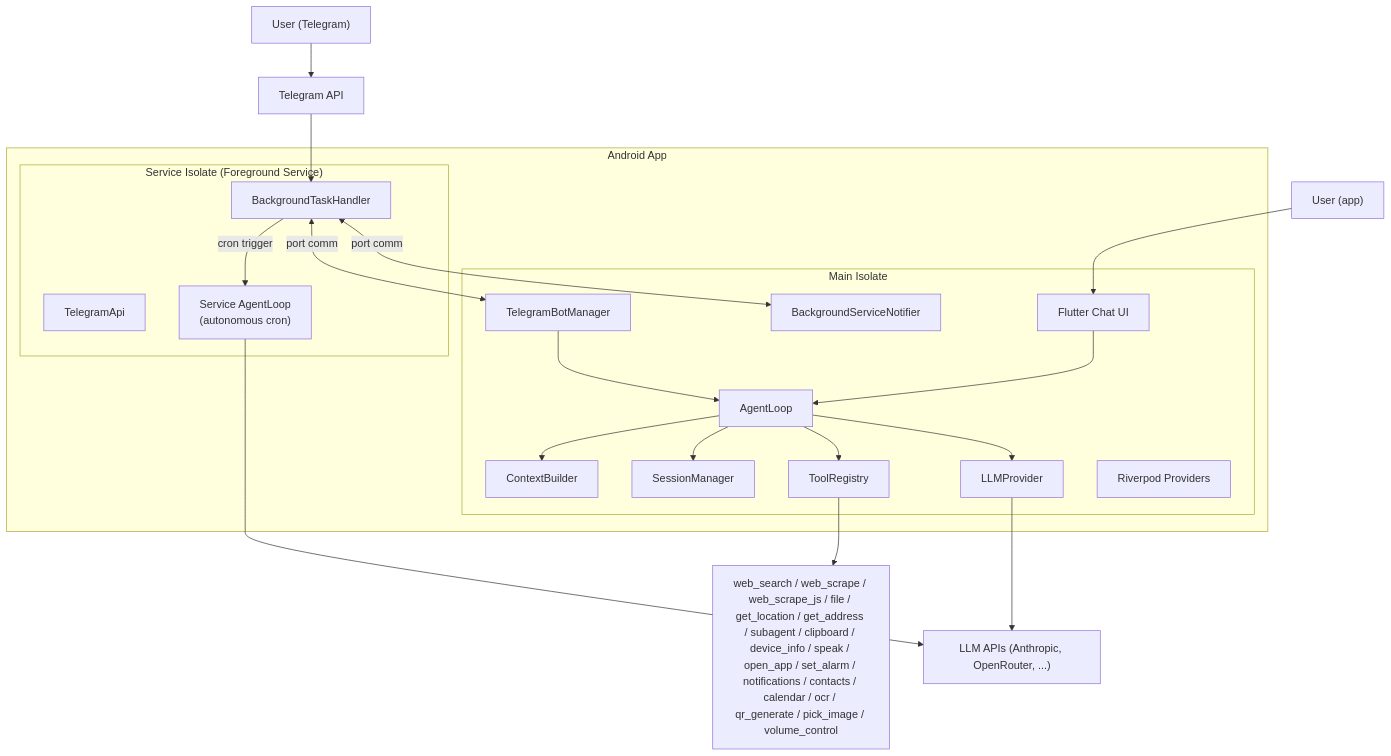
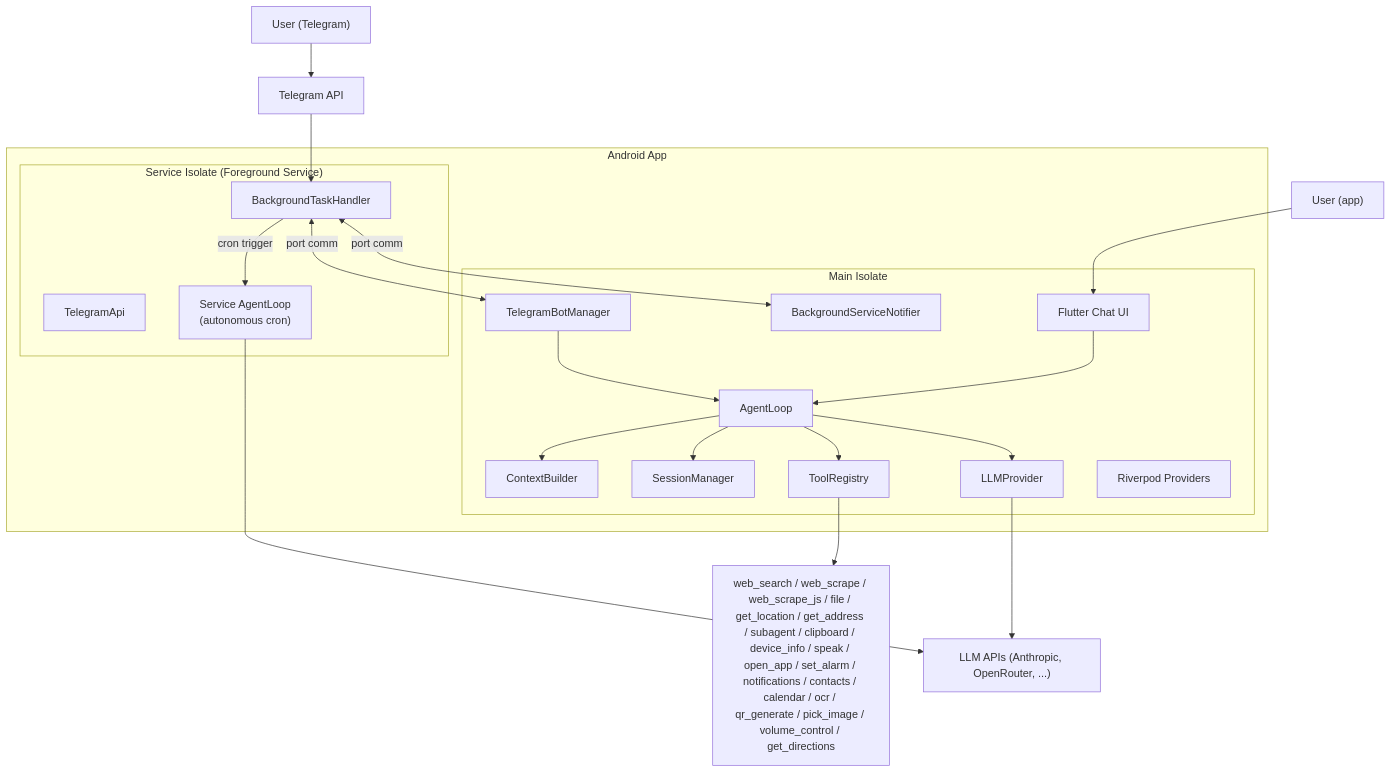
Before and after one commit to dgirard/droidclaw: the first of 3 diagrams in README.md, drawn with Mermaid. The commit also changed other lines of this file and 12 other files, not shown here.

First line of the commit message:
feat: add get_directions tool (OpenRouteService API v2)

````diff
--- a/README.md
+++ b/README.md
@@ -57,37 +57,37 @@
 ```mermaid
 graph TB
     subgraph "Android App"
         subgraph "Main Isolate"
             UI["Flutter Chat UI"]
             TM["TelegramBotManager"]
             BG["BackgroundServiceNotifier"]
             AL["AgentLoop"]
             CB["ContextBuilder"]
             SM["SessionManager"]
             TR["ToolRegistry"]
             LP["LLMProvider"]
             RP["Riverpod Providers"]
         end
         subgraph "Service Isolate (Foreground Service)"
             BTH["BackgroundTaskHandler"]
             TA["TelegramApi"]
             SAL["Service AgentLoop\n(autonomous cron)"]
         end
     end
 
     User1["User (app)"] --> UI
     User2["User (Telegram)"] --> TG["Telegram API"]
     TG --> BTH
     BTH <-->|"port comm"| BG
     BTH <-->|"port comm"| TM
     BTH -->|"cron trigger"| SAL
     UI --> AL
     TM --> AL
     AL --> LP
     AL --> TR
     AL --> SM
     AL --> CB
     SAL --> LLM
     LP --> LLM["LLM APIs (Anthropic, OpenRouter, ...)"]
-    TR --> Tools["web_search / web_scrape / web_scrape_js / file / get_location / get_address / subagent / clipboard / device_info / speak / open_app / set_alarm / notifications / contacts / calendar / ocr / qr_generate / pick_image / volume_control"]
+    TR --> Tools["web_search / web_scrape / web_scrape_js / file / get_location / get_address / subagent / clipboard / device_info / speak / open_app / set_alarm / notifications / contacts / calendar / ocr / qr_generate / pick_image / volume_control / get_directions"]
 ```
````
